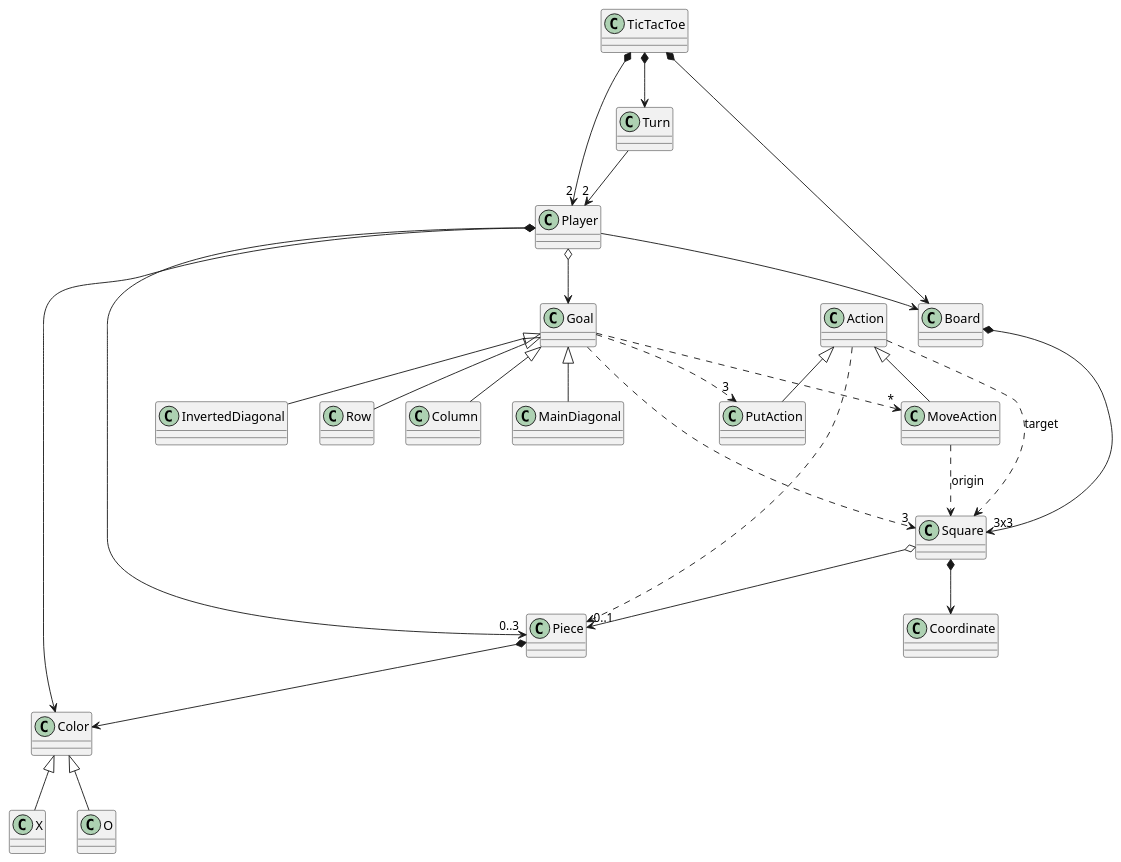
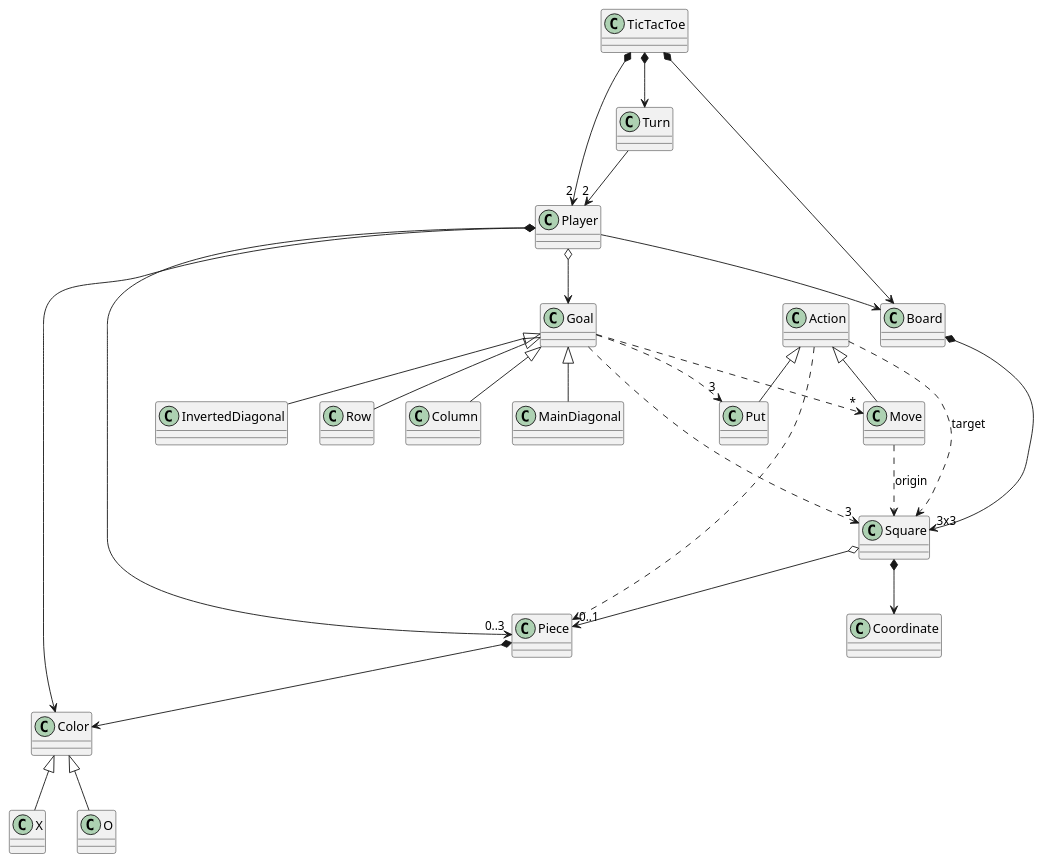
The first of 4 diagrams in docs/diagrams/src/modeloDeDominio.plantuml (EscuelaIt/tictactoe-master-desarrollo-requirements), drawn with PlantUML before and after one commit. The commit also changed other lines of this file and 4 other files, not shown here.

Commit message:
DomainModel diagrams updated

```diff
--- a/docs/diagrams/src/modeloDeDominio.plantuml
+++ b/docs/diagrams/src/modeloDeDominio.plantuml
@@ -1,40 +1,40 @@
 @startuml Vocabulario
 
 TicTacToe *-down-> "2" Player
 TicTacToe *-down-> Board
 TicTacToe *-down-> Turn
 
 Turn -down-> "2" Player
 
 Player -down-> Board
 Player o-down-> "0..3" Piece
 Player o-down-> Goal
 Player *-down-> Color
 
 
-Action <|-down- PutAction
-Action <|-down- MoveAction
+Action <|-down- Put
+Action <|-down- Move
 
 Piece *-down-> Color
 
 Color <|-down- X
 Color <|-down- O
 
-Goal ..> "3" PutAction
-Goal ..> "*" MoveAction
+Goal ..> "3" Put
+Goal ..> "*" Move
 Goal ..> "3" Square
 
 Board *-down-> "3x3" Square
 Square *-down-> Coordinate
 Square o-down-> "0..1" Piece
 
 Action .down.> Piece
 Action .down.> Square : target
-MoveAction .down.> Square : origin
+Move .down.> Square : origin
 
 Goal <|-down- Row
 Goal <|-down- Column
 Goal <|-down- MainDiagonal
 Goal <|-down- InvertedDiagonal
 
 @enduml
```
